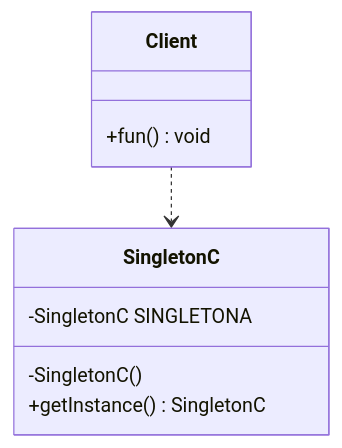
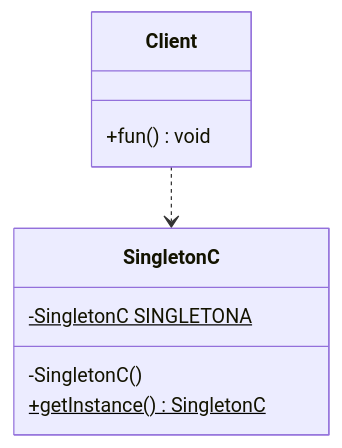
The fourth of 7 diagrams in docs/blogs/general/designpattern/designpattern-java/shardings/designpattern-java-chapter-4.创建型模式-单例模式.md (lingwh1995/blog), drawn with Mermaid before and after one commit. The commit also changed other lines of this file and 259 other files, not shown here.

````diff
--- a/docs/blogs/general/designpattern/designpattern-java/shardings/designpattern-java-chapter-4.创建型模式-单例模式.md
+++ b/docs/blogs/general/designpattern/designpattern-java/shardings/designpattern-java-chapter-4.创建型模式-单例模式.md
@@ -145,12 +169,12 @@
 ```mermaid
 classDiagram
     Client ..> SingletonC
     class SingletonC {
-        -SingletonC SINGLETONA
+        -SingletonC SINGLETONA$
         -SingletonC()
-        +getInstance() SingletonC
+        +getInstance()$ SingletonC
     }
     class Client {
         +fun() void
     }
 ```
````
